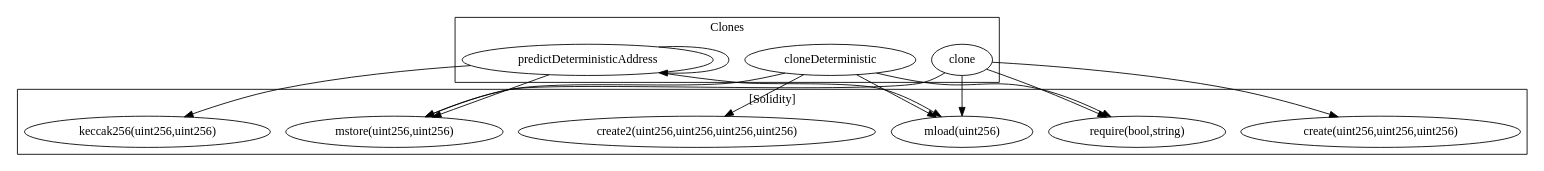
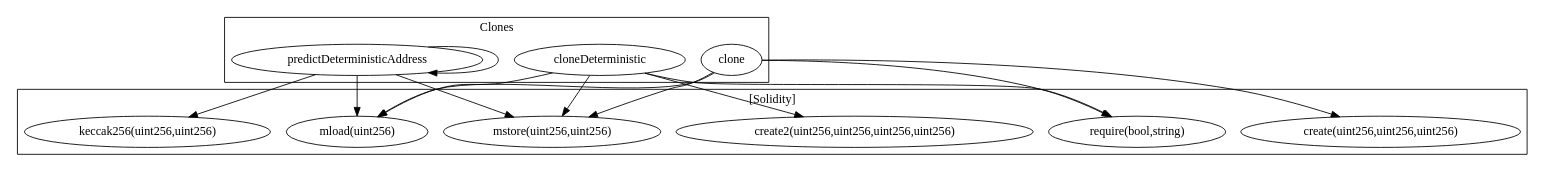
The diagram in contracts/build/...Clones.call-graph.dot (FlipsideCrypto/badger), drawn with Graphviz before and after one commit. The commit also changed other lines of this file and 23 other files, not shown here.

```diff
--- a/contracts/build/...Clones.call-graph.dot
+++ b/contracts/build/...Clones.call-graph.dot
@@ -1,28 +1,28 @@
 strict digraph {
 subgraph cluster_2126_Clones {
 label = "Clones"
 "2126_clone" [label="clone"]
 "2126_cloneDeterministic" [label="cloneDeterministic"]
 "2126_predictDeterministicAddress" [label="predictDeterministicAddress"]
 "2126_predictDeterministicAddress" -> "2126_predictDeterministicAddress"
 }subgraph cluster_solidity {
 label = "[Solidity]"
+"keccak256(uint256,uint256)" 
+"create2(uint256,uint256,uint256,uint256)" 
+"require(bool,string)" 
+"create(uint256,uint256,uint256)" 
+"mstore(uint256,uint256)" 
 "mload(uint256)" 
-"create(uint256,uint256,uint256)" 
-"require(bool,string)" 
-"create2(uint256,uint256,uint256,uint256)" 
-"keccak256(uint256,uint256)" 
-"mstore(uint256,uint256)" 
+"2126_predictDeterministicAddress" -> "mstore(uint256,uint256)"
+"2126_predictDeterministicAddress" -> "mload(uint256)"
+"2126_clone" -> "create(uint256,uint256,uint256)"
+"2126_cloneDeterministic" -> "require(bool,string)"
 "2126_cloneDeterministic" -> "create2(uint256,uint256,uint256,uint256)"
+"2126_predictDeterministicAddress" -> "keccak256(uint256,uint256)"
+"2126_clone" -> "require(bool,string)"
+"2126_clone" -> "mload(uint256)"
+"2126_clone" -> "mstore(uint256,uint256)"
+"2126_cloneDeterministic" -> "mload(uint256)"
 "2126_cloneDeterministic" -> "mstore(uint256,uint256)"
-"2126_clone" -> "mload(uint256)"
-"2126_predictDeterministicAddress" -> "keccak256(uint256,uint256)"
-"2126_predictDeterministicAddress" -> "mload(uint256)"
-"2126_predictDeterministicAddress" -> "mstore(uint256,uint256)"
-"2126_clone" -> "require(bool,string)"
-"2126_cloneDeterministic" -> "mload(uint256)"
-"2126_clone" -> "create(uint256,uint256,uint256)"
-"2126_clone" -> "mstore(uint256,uint256)"
-"2126_cloneDeterministic" -> "require(bool,string)"
 }
 }
```
